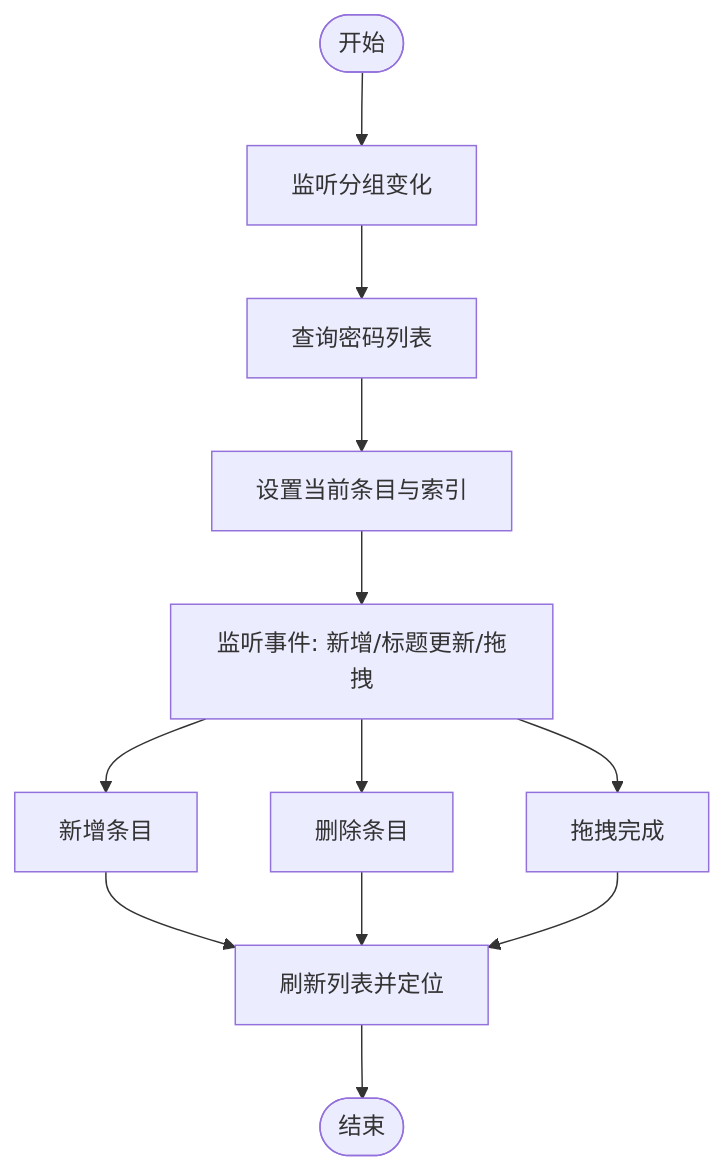
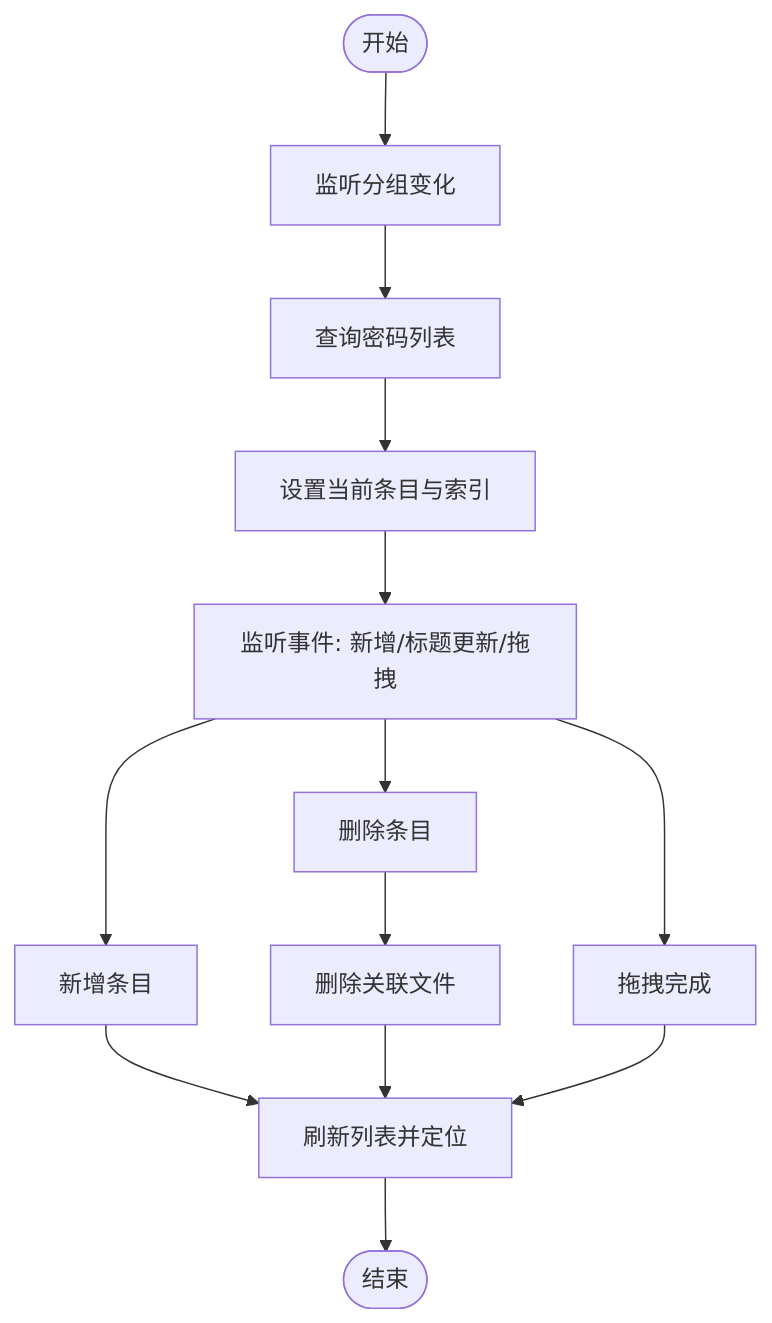
Before and after one commit to scgithub3220216/password-manager: the fourth of 8 diagrams in .qoder/repowiki/zh/content/前端组件系统/密码管理组件.md, drawn with Mermaid. The commit also changed other lines of this file and 17 other files, not shown here.

````diff
--- a/.qoder/repowiki/zh/content/前端组件系统/密码管理组件.md
+++ b/.qoder/repowiki/zh/content/前端组件系统/密码管理组件.md
@@ -223,14 +265,15 @@
 ```mermaid
 flowchart TD
 Start(["开始"]) --> WatchGroup["监听分组变化"]
 WatchGroup --> Query["查询密码列表"]
 Query --> SetCur["设置当前条目与索引"]
 SetCur --> ListenEvents["监听事件: 新增/标题更新/拖拽"]
 ListenEvents --> Add["新增条目"]
 Add --> Refresh["刷新列表并定位"]
 ListenEvents --> Delete["删除条目"]
-Delete --> Refresh
+Delete --> DeleteFiles["删除关联文件"]
+DeleteFiles --> Refresh
 ListenEvents --> Drag["拖拽完成"]
 Drag --> Refresh
 Refresh --> End(["结束"])
 ```
````
